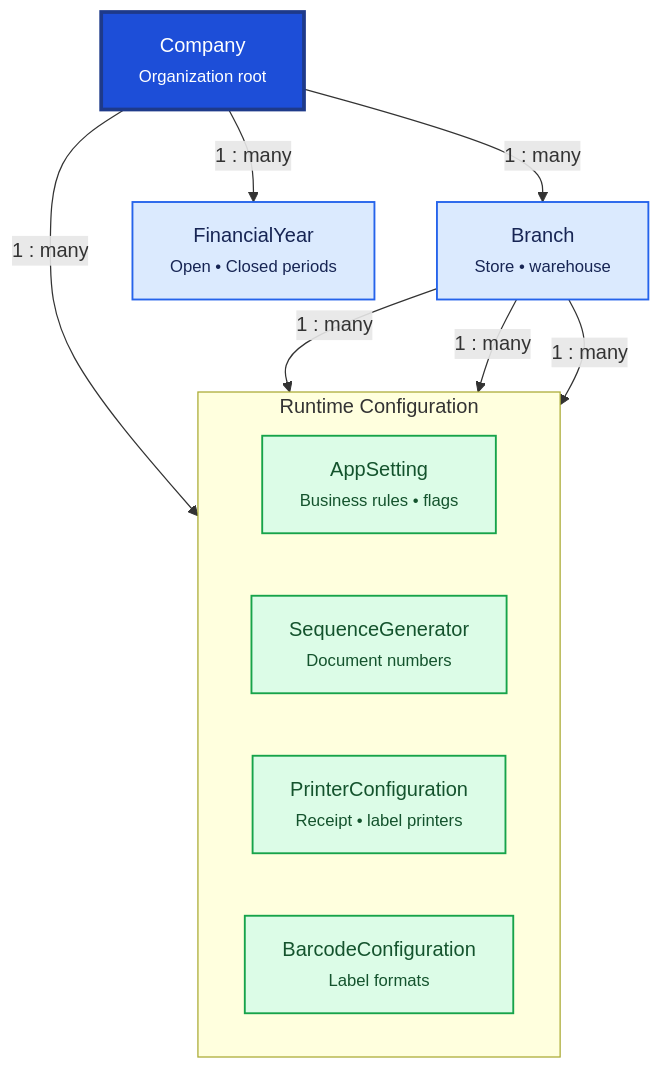
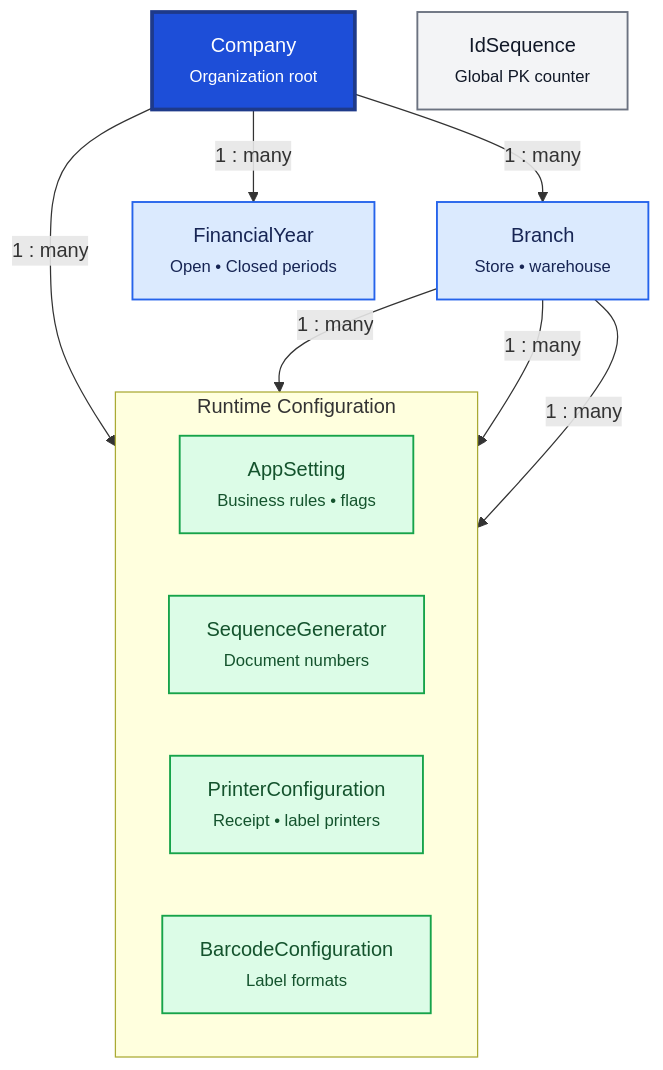
The diagram in docs/pharmacy_erp_architecture_docs/database/tables/configuration/configuration.md (akshaybadgujar20/pharmacy-erp-desktop), drawn with Mermaid before and after one commit. The commit also changed other lines of this file and 136 other files, not shown here.

````diff
--- a/docs/pharmacy_erp_architecture_docs/database/tables/configuration/configuration.md
+++ b/docs/pharmacy_erp_architecture_docs/database/tables/configuration/configuration.md
@@ -7,29 +7,32 @@
 ```mermaid
 flowchart TB
     COMPANY["Company<br/><small>Organization root</small>"]
     BRANCH["Branch<br/><small>Store • warehouse</small>"]
     FY["FinancialYear<br/><small>Open • Closed periods</small>"]
+    IDSEQ["IdSequence<br/><small>Global PK counter</small>"]
 
     subgraph SETTINGS["Runtime Configuration"]
         direction LR
         APP["AppSetting<br/><small>Business rules • flags</small>"]
         SEQ["SequenceGenerator<br/><small>Document numbers</small>"]
         PRINTER["PrinterConfiguration<br/><small>Receipt • label printers</small>"]
         BARCODE["BarcodeConfiguration<br/><small>Label formats</small>"]
     end
 
     COMPANY -->|"1 : many"| BRANCH
     COMPANY -->|"1 : many"| FY
     COMPANY -->|"1 : many"| SEQ
     BRANCH -->|"1 : many"| SEQ
     BRANCH -->|"1 : many"| APP
     BRANCH -->|"1 : many"| PRINTER
 
     classDef master fill:#1d4ed8,stroke:#1e3a8a,color:#ffffff,stroke-width:3px;
     classDef org fill:#dbeafe,stroke:#2563eb,color:#172554,stroke-width:1.5px;
     classDef config fill:#dcfce7,stroke:#16a34a,color:#14532d,stroke-width:1.5px;
 
     class COMPANY master;
     class BRANCH,FY org;
     class APP,SEQ,PRINTER,BARCODE config;
+    class IDSEQ infra;
+    classDef infra fill:#f3f4f6,stroke:#6b7280,color:#111827,stroke-width:1.5px;
 ```
````
